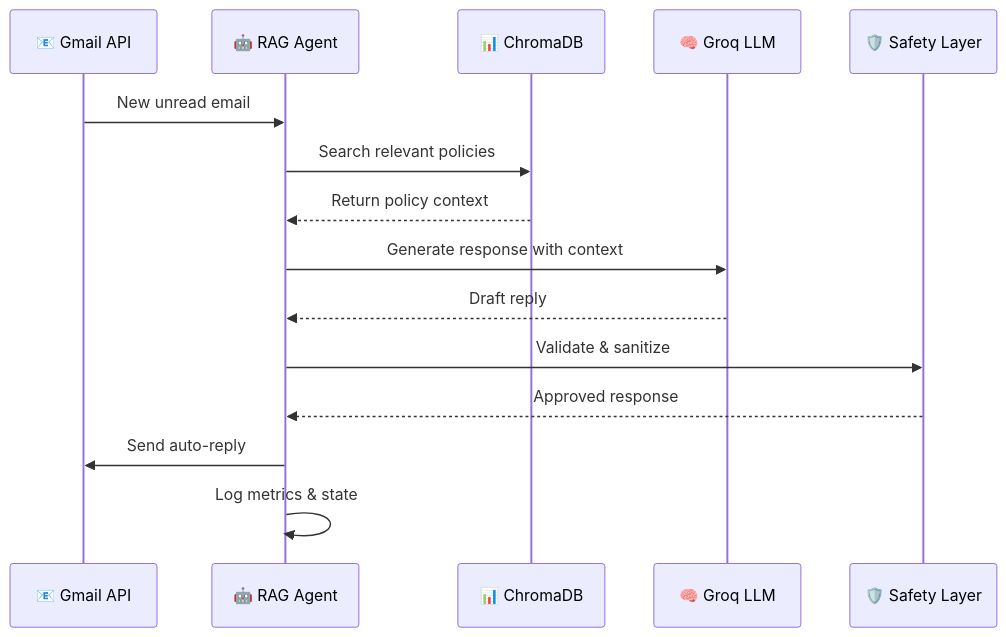
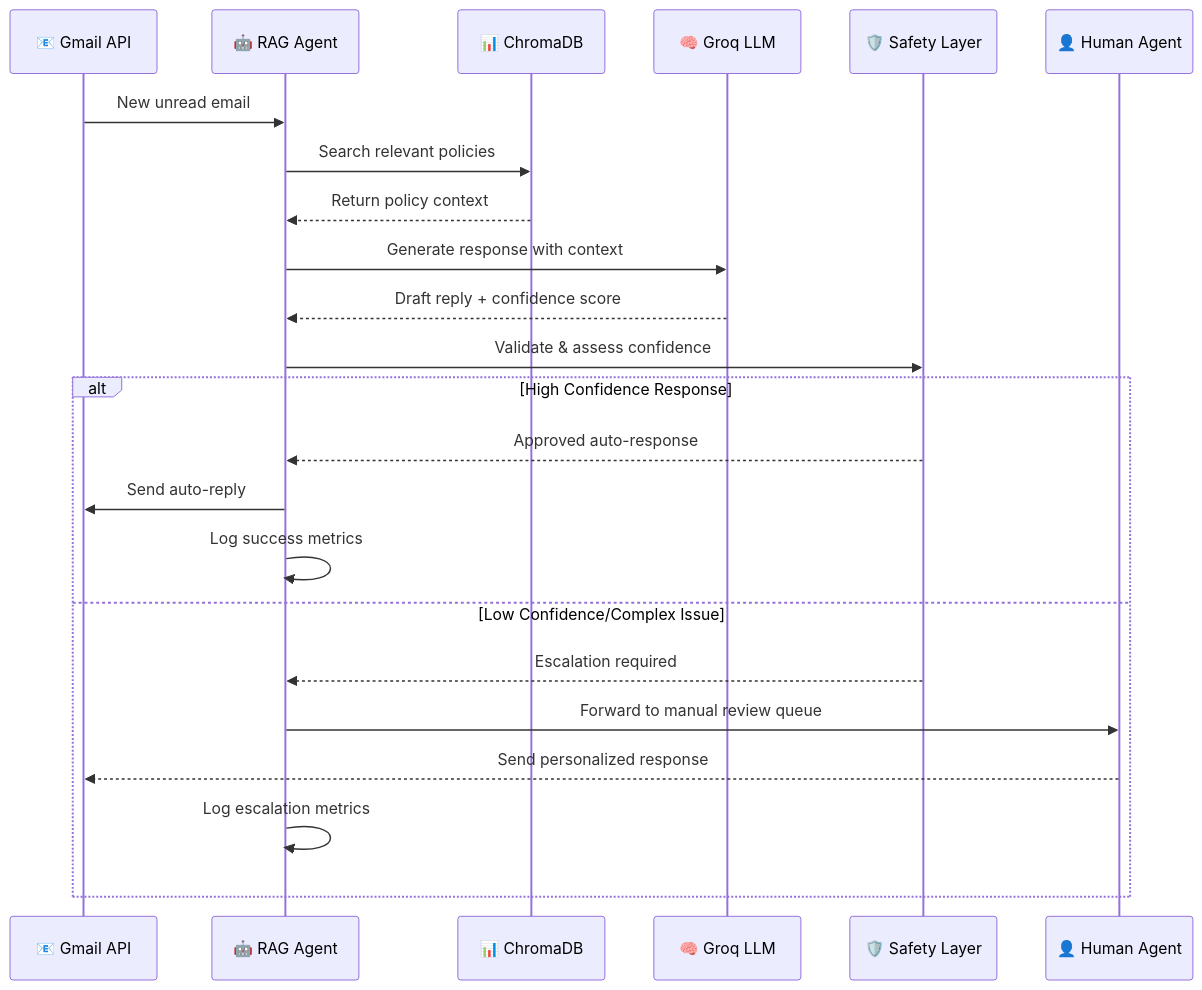
One commit to AIstar007/GEN-AI-Assignment-3.-Group- changed the second of 2 diagrams in README.md. Above: the diagram before and after it, drawn with Mermaid. The commit also changed other lines of this file, not shown here.

````diff
--- a/README.md
+++ b/README.md
@@ -328,18 +351,27 @@
 ```mermaid
 sequenceDiagram
     participant Gmail as 📧 Gmail API
     participant Agent as 🤖 RAG Agent
     participant ChromaDB as 📊 ChromaDB
     participant Groq as 🧠 Groq LLM
     participant Safety as 🛡️ Safety Layer
+    participant Human as 👤 Human Agent
     
     Gmail->>Agent: New unread email
     Agent->>ChromaDB: Search relevant policies
     ChromaDB-->>Agent: Return policy context
     Agent->>Groq: Generate response with context
-    Groq-->>Agent: Draft reply
-    Agent->>Safety: Validate & sanitize
-    Safety-->>Agent: Approved response
-    Agent->>Gmail: Send auto-reply
-    Agent->>Agent: Log metrics & state
+    Groq-->>Agent: Draft reply + confidence score
+    Agent->>Safety: Validate & assess confidence
+    
+    alt High Confidence Response
+        Safety-->>Agent: Approved auto-response
+        Agent->>Gmail: Send auto-reply
+        Agent->>Agent: Log success metrics
+    else Low Confidence/Complex Issue
+        Safety-->>Agent: Escalation required
+        Agent->>Human: Forward to manual review queue
+        Human-->>Gmail: Send personalized response
+        Agent->>Agent: Log escalation metrics
+    end
 ```
````
